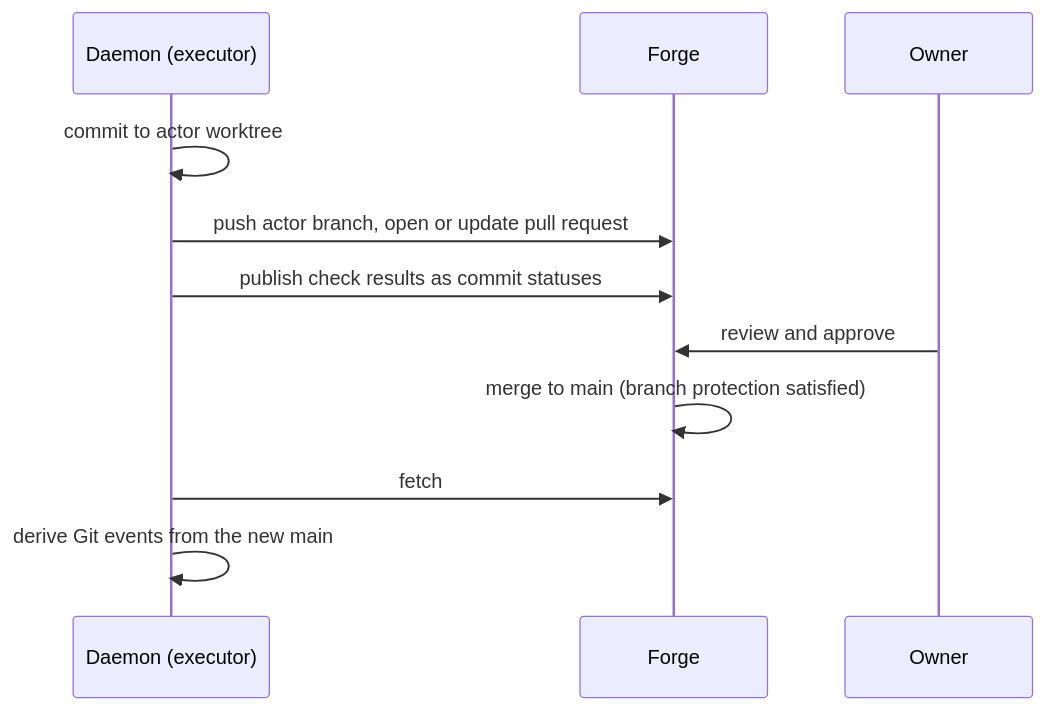
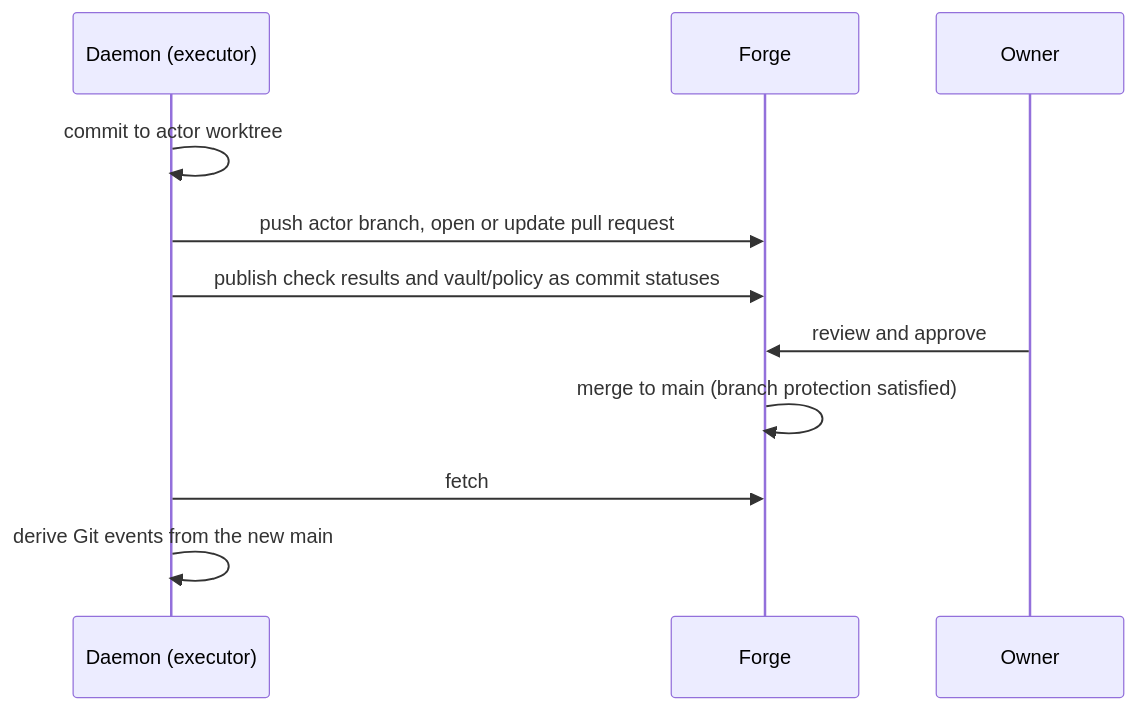
Before and after one commit to jerryjvl/pi-active-vaults: the second of 2 diagrams in docs/architecture.md, drawn with Mermaid. The commit also changed other lines of this file and 8 other files, not shown here.

````diff
--- a/docs/architecture.md
+++ b/docs/architecture.md
@@ -167,13 +171,13 @@
 ```mermaid
 sequenceDiagram
   participant D as Daemon (executor)
   participant F as Forge
   participant O as Owner
   D->>D: commit to actor worktree
   D->>F: push actor branch, open or update pull request
-  D->>F: publish check results as commit statuses
+  D->>F: publish check results and vault/policy as commit statuses
   O->>F: review and approve
   F->>F: merge to main (branch protection satisfied)
   D->>F: fetch
   D->>D: derive Git events from the new main
 ```
````
